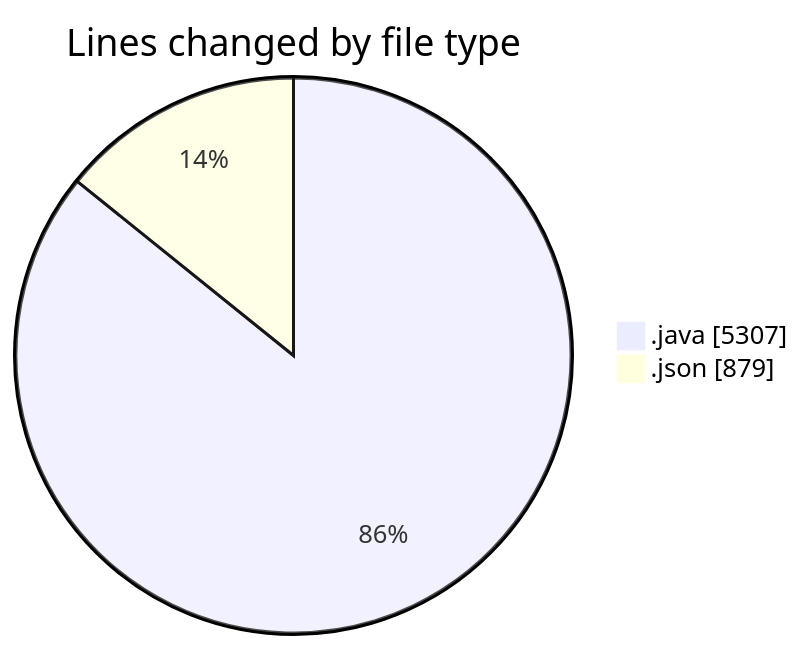
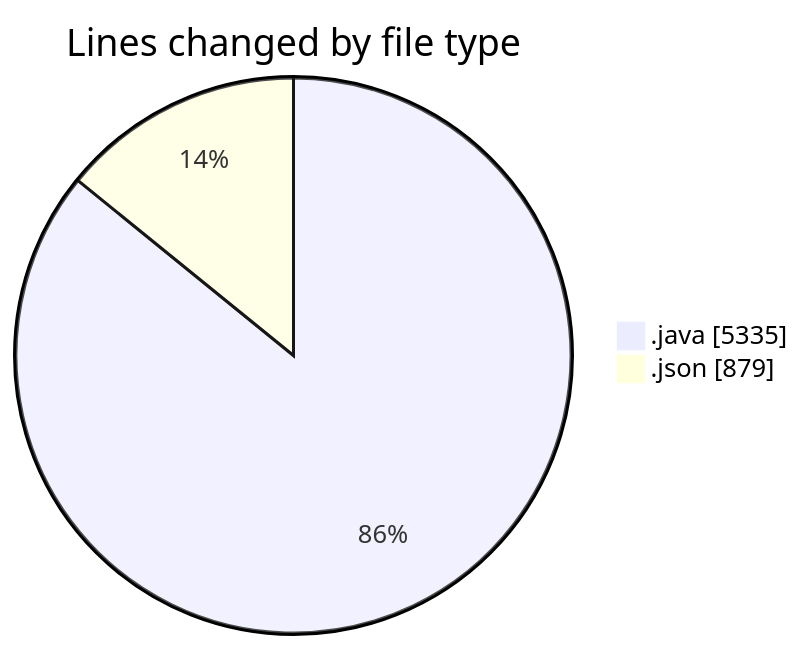
One commit to ricardozamudiocil/code-tracking changed the first of 2 diagrams in 2026-03-18/cilapp/README.md. Above: the diagram before and after it, drawn with Mermaid. The commit also changed other lines of this file and 1 other file, not shown here.

````diff
--- a/2026-03-18/cilapp/README.md
+++ b/2026-03-18/cilapp/README.md
@@ -23,6 +23,6 @@
 ```mermaid
 pie showData
 title Lines changed by file type
-".java" : 5307
+".java" : 5335
 ".json" : 879
 ```
````
